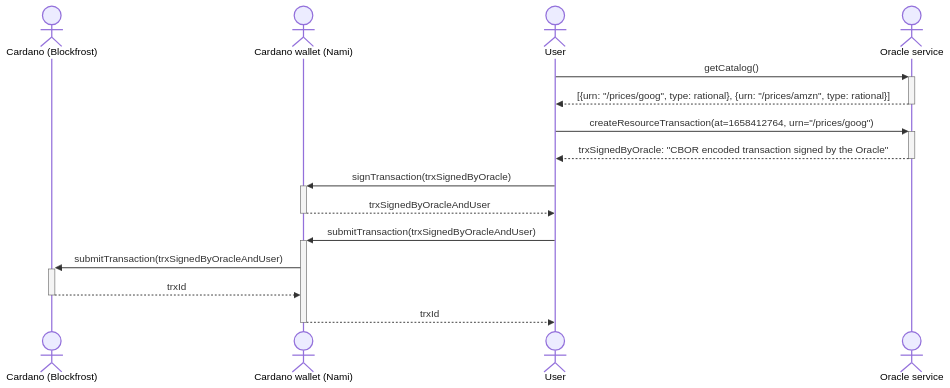
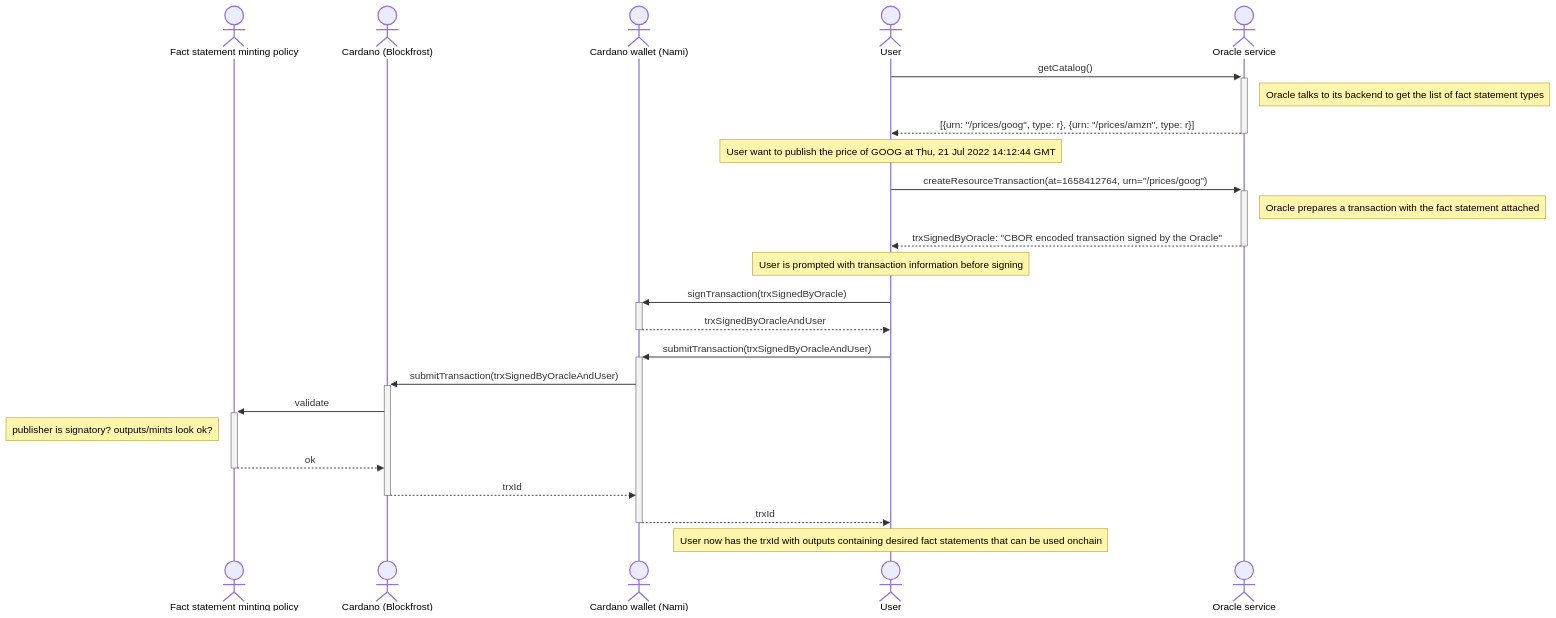
One commit to mlabs-haskell/cardano-open-oracle-protocol changed the diagram in docs/interactions/00-publish-a-fact-statement.md. Above: the diagram before and after it, drawn with Mermaid.

Commit message:
Added notes and introduced the minting policy

````diff
--- a/docs/interactions/00-publish-a-fact-statement.md
+++ b/docs/interactions/00-publish-a-fact-statement.md
@@ -3,21 +3,30 @@
 ```mermaid
 sequenceDiagram
+  actor resourceMp as Fact statement minting policy
   actor cardano as Cardano (Blockfrost)
   actor wallet as Cardano wallet (Nami)
   actor user as User
   actor oracle as Oracle service
+
+  user ->>+ oracle: getCatalog()
+  note right of oracle: Oracle talks to its backend to get the list of fact statement types
+  oracle -->>- user: [{urn: "/prices/goog", type: r}, {urn: "/prices/amzn", type: r}]
     
-  user ->>+ oracle: getCatalog()
-  oracle -->>- user: [{urn: "/prices/goog", type: rational}, {urn: "/prices/amzn", type: rational}]
-    
+  note over user: User want to publish the price of GOOG at Thu, 21 Jul 2022 14:12:44 GMT
   user ->>+ oracle: createResourceTransaction(at=1658412764, urn="/prices/goog")
+  note right of oracle: Oracle prepares a transaction with the fact statement attached
   oracle -->>- user: trxSignedByOracle: "CBOR encoded transaction signed by the Oracle"
   
+  note over user: User is prompted with transaction information before signing
   user ->>+ wallet: signTransaction(trxSignedByOracle)
   wallet -->>- user: trxSignedByOracleAndUser
 
   user ->>+ wallet: submitTransaction(trxSignedByOracleAndUser)
   wallet ->>+ cardano: submitTransaction(trxSignedByOracleAndUser)
+  cardano ->>+ resourceMp: validate
+  note left of resourceMp: publisher is signatory? outputs/mints look ok?
+  resourceMp -->>- cardano: ok
   cardano -->>- wallet: trxId
   wallet -->>- user: trxId
+  note over user: User now has the trxId with outputs containing desired fact statements that can be used onchain
 ```
````
